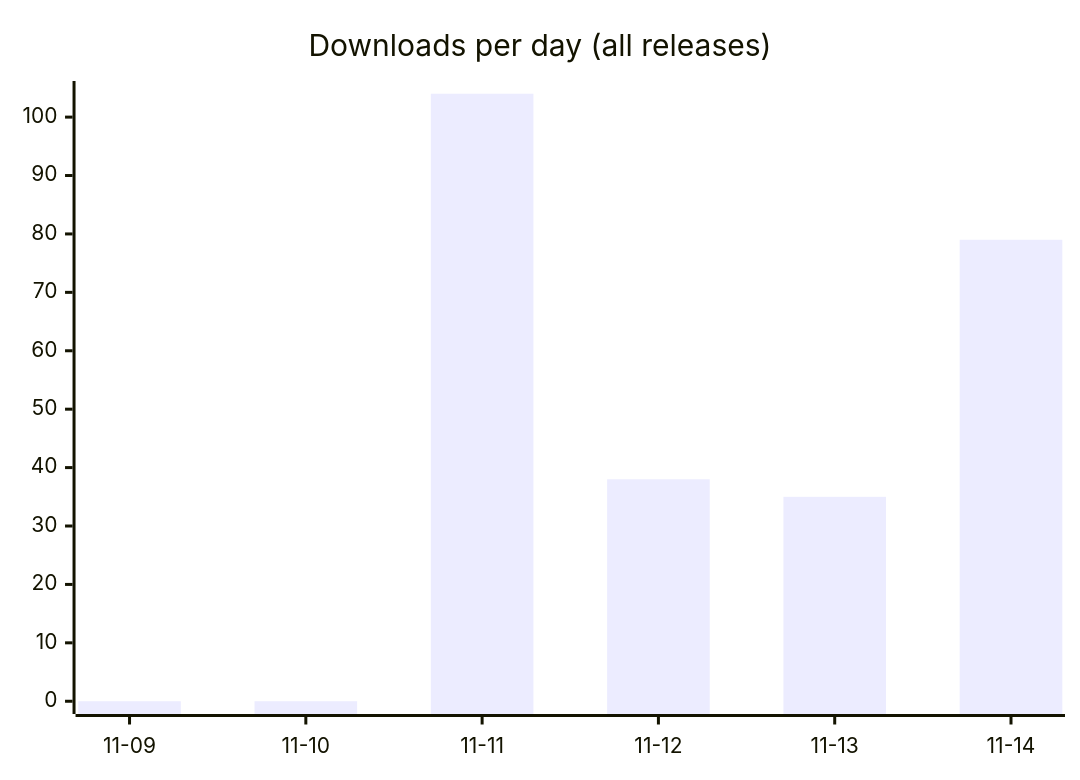
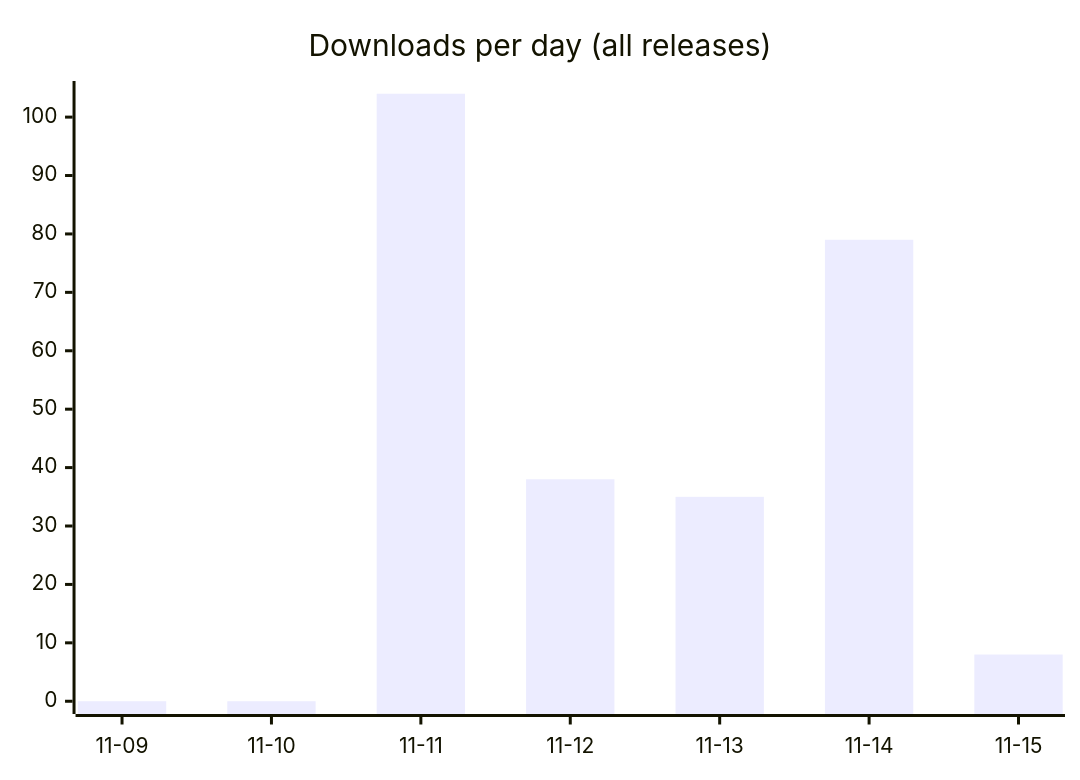
Before and after one commit to fmadore/Kalamu: the first of 2 diagrams in README.md, drawn with Mermaid. The commit also changed other lines of this file and 3 other files, not shown here.

````diff
--- a/README.md
+++ b/README.md
@@ -44,6 +44,6 @@
 ```mermaid
 xychart-beta
     title "Downloads per day (all releases)"
-    x-axis ["11-09", "11-10", "11-11", "11-12", "11-13", "11-14"]
-    bar [0, 0, 104, 38, 35, 79]
+    x-axis ["11-09", "11-10", "11-11", "11-12", "11-13", "11-14", "11-15"]
+    bar [0, 0, 104, 38, 35, 79, 8]
 ```
````
